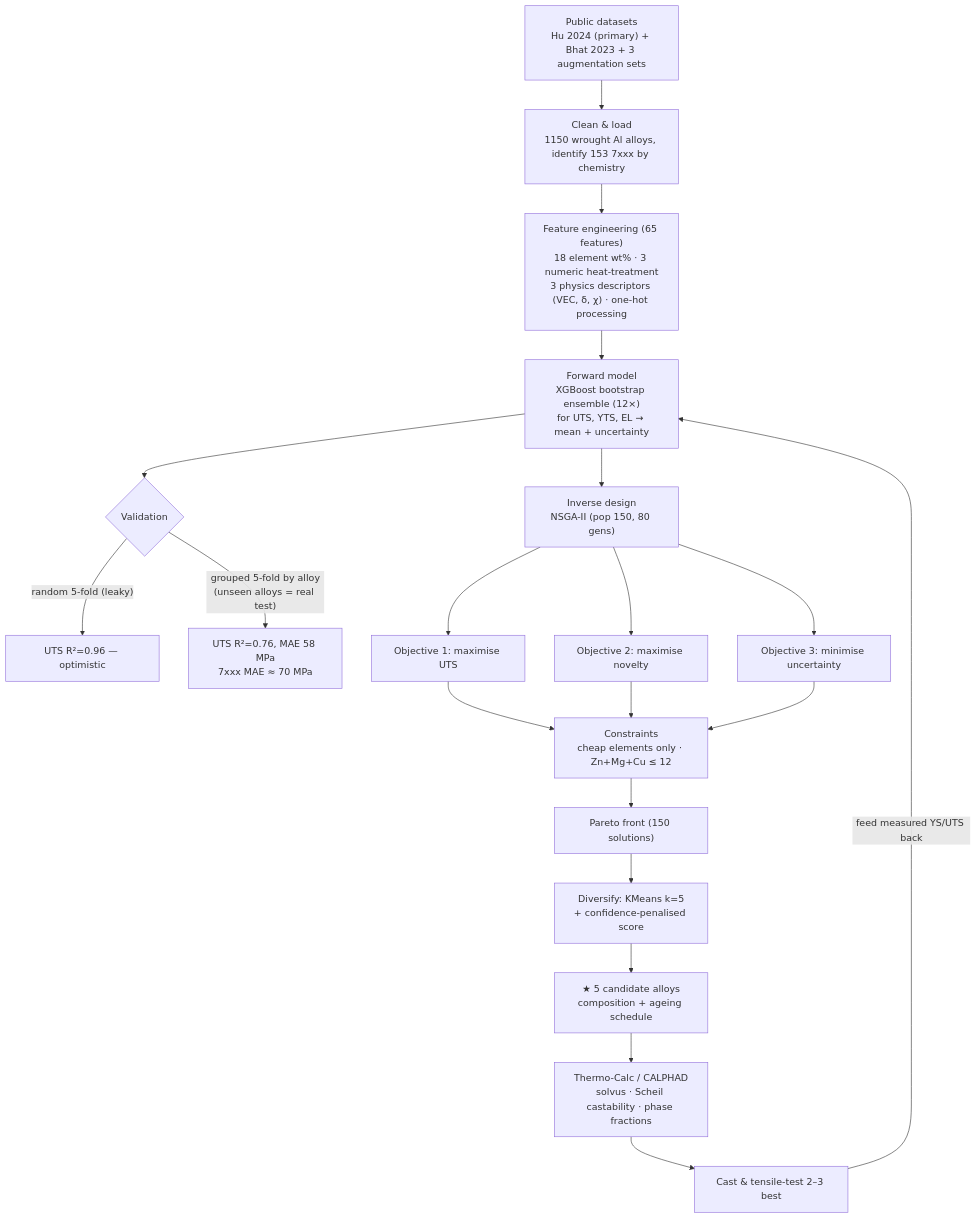
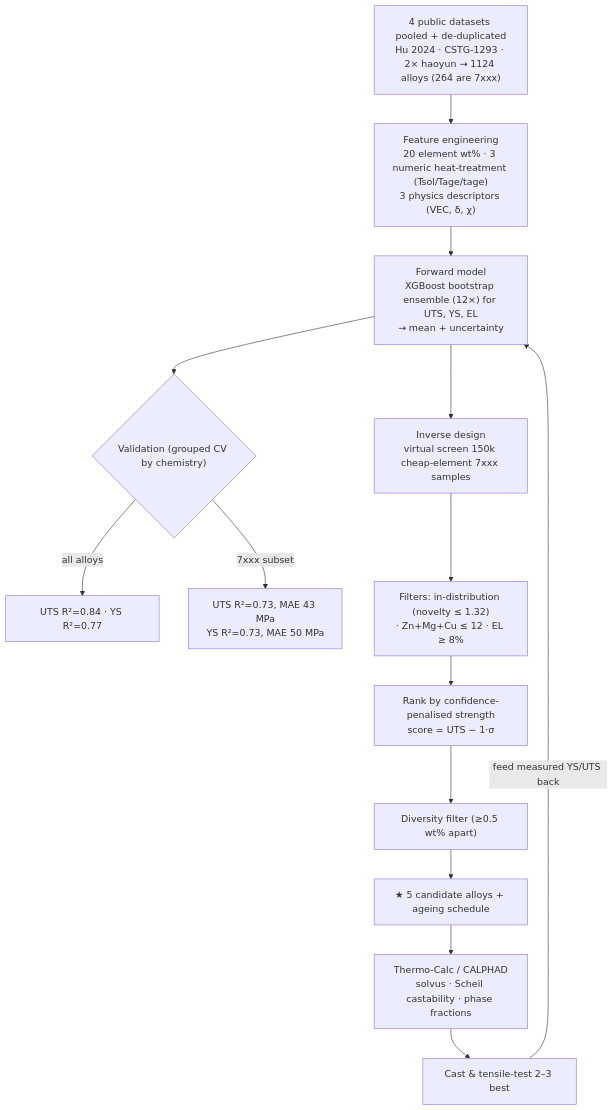
The diagram in README.md (Arafat245/high-strength-aluminium-alloy-ml), drawn with Mermaid before and after one commit. The commit also changed other lines of this file and 2 other files, not shown here.

First line of the commit message:
Pooled 4-dataset model + in-distribution screen -> 5 trustworthy cheap candidates

````diff
--- a/README.md
+++ b/README.md
@@ -38,23 +42,19 @@
 ```mermaid
 flowchart TD
-    A["Public datasets<br/>Hu 2024 (primary) + Bhat 2023 + 3 augmentation sets"] --> B["Clean &amp; load<br/>1150 wrought Al alloys, identify 153 7xxx by chemistry"]
-    B --> C["Feature engineering (65 features)<br/>18 element wt% · 3 numeric heat-treatment<br/>3 physics descriptors (VEC, δ, χ) · one-hot processing"]
-    C --> D["Forward model<br/>XGBoost bootstrap ensemble (12×)<br/>for UTS, YTS, EL → mean + uncertainty"]
+    A["4 public datasets pooled + de-duplicated<br/>Hu 2024 · CSTG-1293 · 2× haoyun → 1124 alloys (264 are 7xxx)"] --> C["Feature engineering<br/>20 element wt% · 3 numeric heat-treatment (Tsol/Tage/tage)<br/>3 physics descriptors (VEC, δ, χ)"]
+    C --> D["Forward model<br/>XGBoost bootstrap ensemble (12×) for UTS, YS, EL<br/>→ mean + uncertainty"]
 
-    D --> E{"Validation"}
-    E -->|"random 5-fold (leaky)"| E1["UTS R²=0.96 — optimistic"]
-    E -->|"grouped 5-fold by alloy<br/>(unseen alloys = real test)"| E2["UTS R²=0.76, MAE 58 MPa<br/>7xxx MAE ≈ 70 MPa"]
+    D --> E{"Validation (grouped CV by chemistry)"}
+    E -->|"all alloys"| E1["UTS R²=0.84 · YS R²=0.77"]
+    E -->|"7xxx subset"| E2["UTS R²=0.73, MAE 43 MPa<br/>YS R²=0.73, MAE 50 MPa"]
 
-    D --> F["Inverse design<br/>NSGA-II (pop 150, 80 gens)"]
-    F --> F1["Objective 1: maximise UTS"]
-    F --> F2["Objective 2: maximise novelty"]
-    F --> F3["Objective 3: minimise uncertainty"]
-    F1 & F2 & F3 --> G["Constraints<br/>cheap elements only · Zn+Mg+Cu ≤ 12"]
-    G --> H["Pareto front (150 solutions)"]
-    H --> I["Diversify: KMeans k=5<br/>+ confidence-penalised score"]
-    I --> J["★ 5 candidate alloys<br/>composition + ageing schedule"]
+    D --> F["Inverse design<br/>virtual screen 150k cheap-element 7xxx samples"]
+    F --> G["Filters: in-distribution (novelty ≤ 1.32)<br/>· Zn+Mg+Cu ≤ 12 · EL ≥ 8%"]
+    G --> H["Rank by confidence-penalised strength<br/>score = UTS − 1·σ"]
+    H --> I["Diversity filter (≥0.5 wt% apart)"]
+    I --> J["★ 5 candidate alloys + ageing schedule"]
 
     J --> K["Thermo-Calc / CALPHAD<br/>solvus · Scheil castability · phase fractions"]
     K --> L["Cast &amp; tensile-test 2–3 best"]
     L -->|"feed measured YS/UTS back"| D
 ```
````
